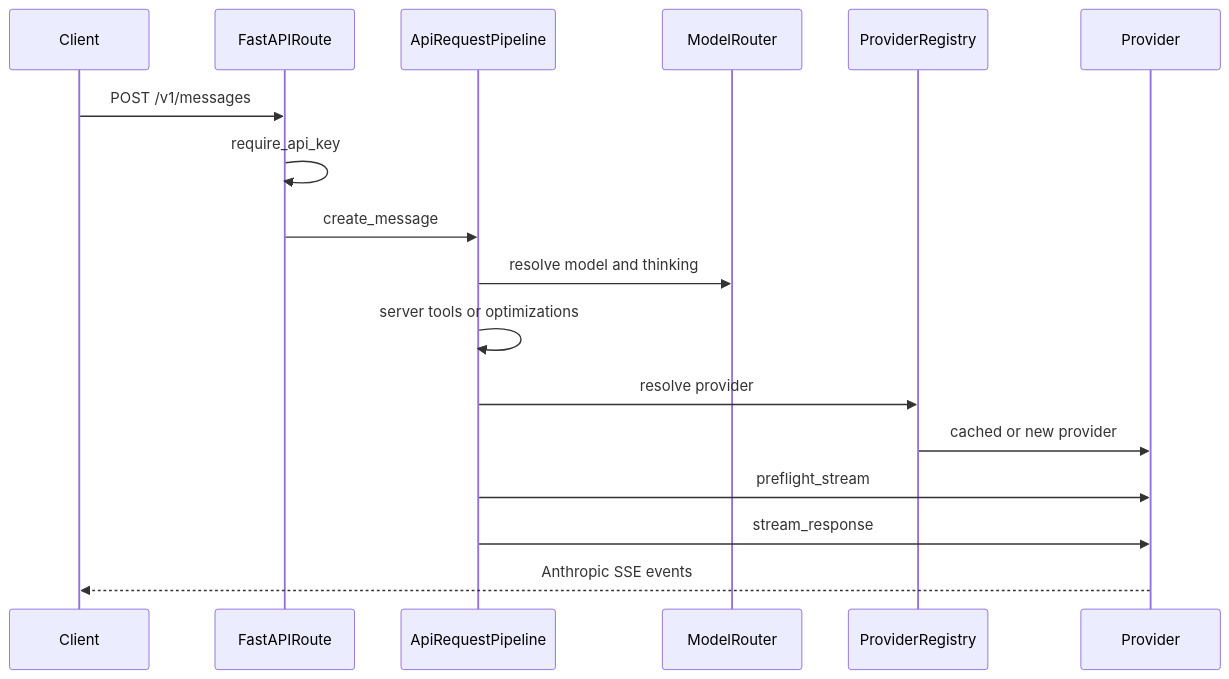
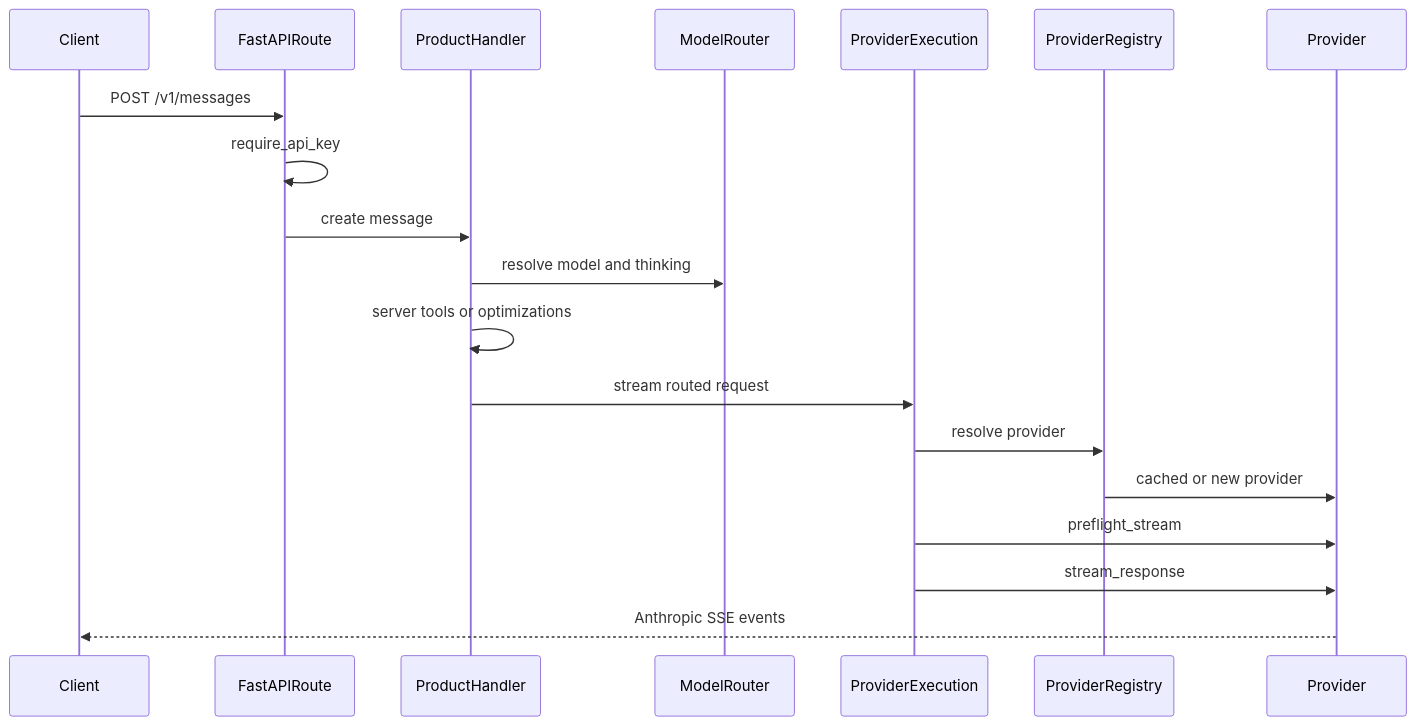
The second of 3 diagrams in ARCHITECTURE.md (shinmentakezo07/shin07), drawn with Mermaid before and after one commit. The commit also changed other lines of this file and 18 other files, not shown here.

Commit message:
Split API request handling by product surface (#923)

````diff
--- a/ARCHITECTURE.md
+++ b/ARCHITECTURE.md
@@ -230,20 +237,22 @@
 ```mermaid
 sequenceDiagram
     participant Client
     participant Route as FastAPIRoute
-    participant Pipeline as ApiRequestPipeline
+    participant Handler as ProductHandler
     participant Router as ModelRouter
+    participant Exec as ProviderExecution
     participant Registry as ProviderRegistry
     participant Provider
 
     Client->>Route: POST /v1/messages
     Route->>Route: require_api_key
-    Route->>Pipeline: create_message
-    Pipeline->>Router: resolve model and thinking
-    Pipeline->>Pipeline: server tools or optimizations
-    Pipeline->>Registry: resolve provider
+    Route->>Handler: create message
+    Handler->>Router: resolve model and thinking
+    Handler->>Handler: server tools or optimizations
+    Handler->>Exec: stream routed request
+    Exec->>Registry: resolve provider
     Registry->>Provider: cached or new provider
-    Pipeline->>Provider: preflight_stream
-    Pipeline->>Provider: stream_response
+    Exec->>Provider: preflight_stream
+    Exec->>Provider: stream_response
     Provider-->>Client: Anthropic SSE events
 ```
````
